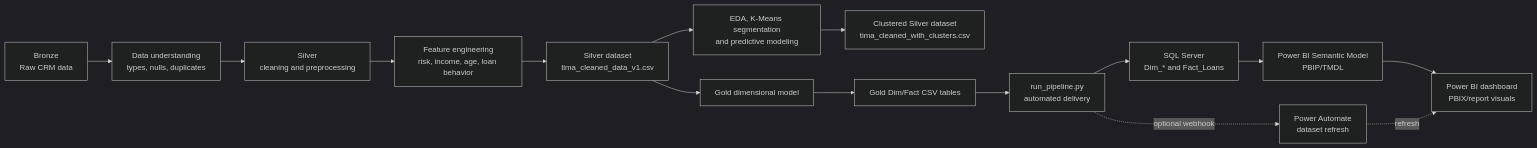
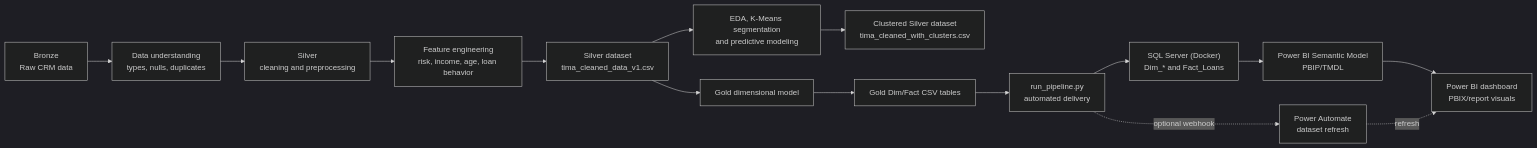
Before and after one commit to ThanhVinh-source/TIMA_Bank_Project: the first of 2 diagrams in README.md, drawn with Mermaid (dark theme). The commit also changed other lines of this file and 2 other files, not shown here.

````diff
--- a/README.md
+++ b/README.md
@@ -230,17 +232,17 @@
 ```mermaid
 flowchart LR
     A["Bronze<br/>Raw CRM data"] --> B["Data understanding<br/>types, nulls, duplicates"]
     B --> C["Silver<br/>cleaning and preprocessing"]
     C --> D["Feature engineering<br/>risk, income, age, loan behavior"]
     D --> E["Silver dataset<br/>tima_cleaned_data_v1.csv"]
     E --> F["EDA, K-Means segmentation<br/>and predictive modeling"]
     F --> M["Clustered Silver dataset<br/>tima_cleaned_with_clusters.csv"]
     E --> G["Gold dimensional model"]
     G --> H["Gold Dim/Fact CSV tables"]
     H --> I["run_pipeline.py<br/>automated delivery"]
-    I --> J["SQL Server<br/>Dim_* and Fact_Loans"]
+    I --> J["SQL Server (Docker)<br/>Dim_* and Fact_Loans"]
     J --> K["Power BI Semantic Model<br/>PBIP/TMDL"]
     K --> N["Power BI dashboard<br/>PBIX/report visuals"]
     I -. optional webhook .-> L["Power Automate<br/>dataset refresh"]
     L -. refresh .-> N
 ```
````
